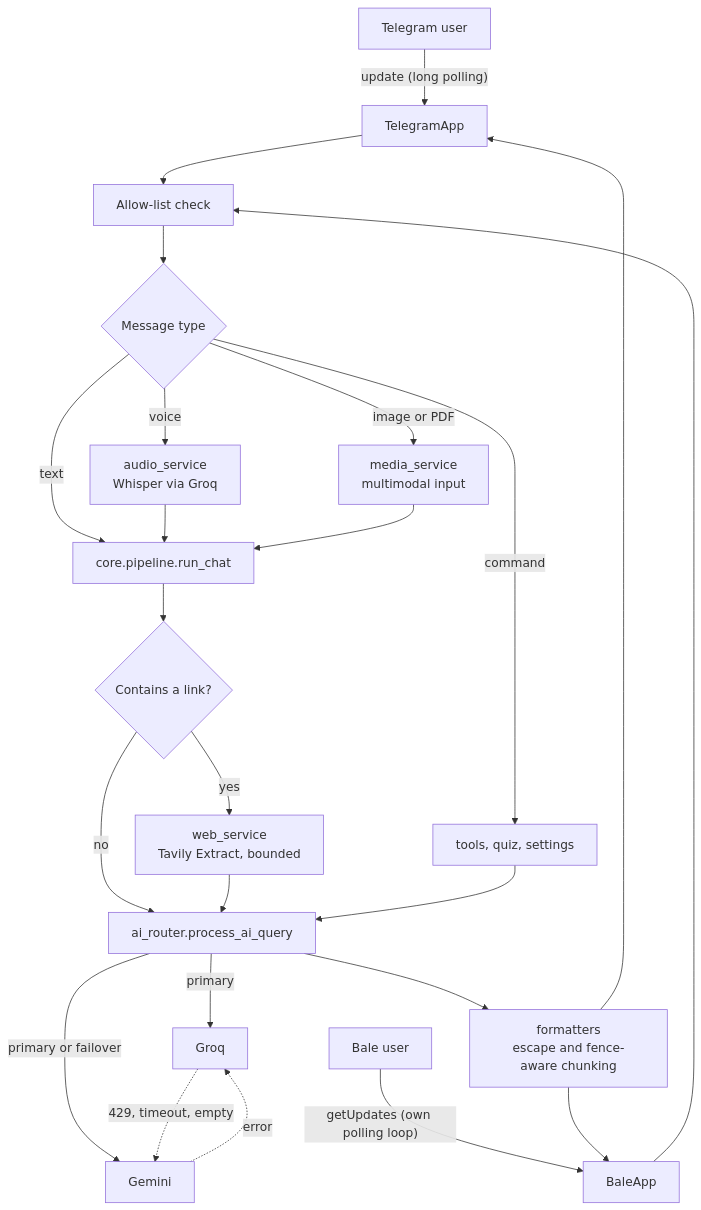
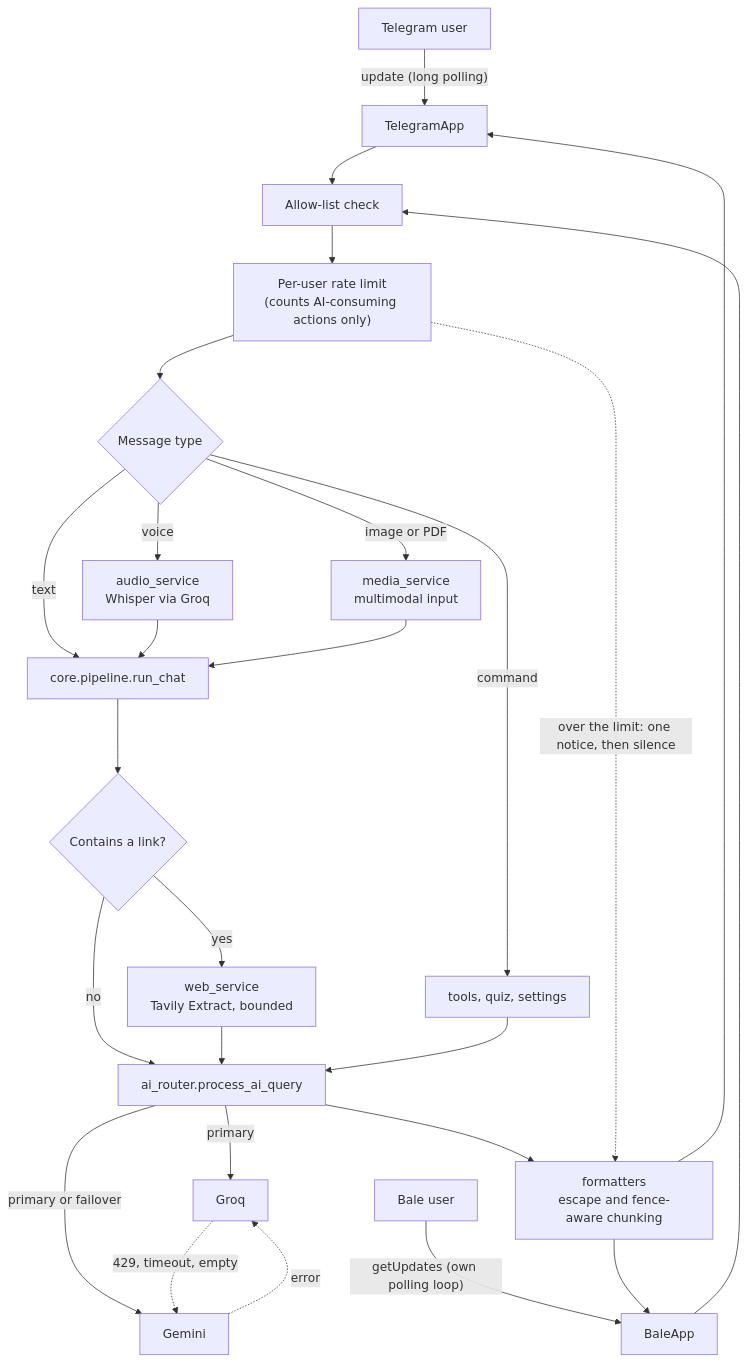
The diagram in README.fa.md (mahdi-barzegar-nazari/resilient-ai-gateway), drawn with Mermaid before and after one commit. The commit also changed other lines of this file and 13 other files, not shown here.

First line of the commit message:
Add per-user rate limiting

````diff
--- a/README.fa.md
+++ b/README.fa.md
@@ -146,31 +150,33 @@
 ```mermaid
 flowchart TD
     TGU["Telegram user"] -->|"update (long polling)"| TG["TelegramApp"]
     BLU["Bale user"] -->|"getUpdates (own polling loop)"| BL["BaleApp"]
 
     TG --> AUTH["Allow-list check"]
     BL --> AUTH
-    AUTH --> ROUTE{"Message type"}
+    AUTH --> LIMIT["Per-user rate limit<br/>(counts AI-consuming actions only)"]
+    LIMIT --> ROUTE{"Message type"}
 
     ROUTE -->|"voice"| STT["audio_service<br/>Whisper via Groq"]
     ROUTE -->|"image or PDF"| MEDIA["media_service<br/>multimodal input"]
     ROUTE -->|"command"| TOOLS["tools, quiz, settings"]
     ROUTE -->|"text"| PIPE["core.pipeline.run_chat"]
     STT --> PIPE
     MEDIA --> PIPE
 
     PIPE --> LINK{"Contains a link?"}
     LINK -->|"yes"| EXTRACT["web_service<br/>Tavily Extract, bounded"]
     LINK -->|"no"| ROUTER["ai_router.process_ai_query"]
     EXTRACT --> ROUTER
     TOOLS --> ROUTER
 
     ROUTER -->|"primary"| P1["Groq"]
     ROUTER -->|"primary or failover"| P2["Gemini"]
     P1 -. "429, timeout, empty" .-> P2
     P2 -. "error" .-> P1
 
     ROUTER --> OUT["formatters<br/>escape and fence-aware chunking"]
+    LIMIT -. "over the limit: one notice, then silence" .-> OUT
     OUT --> TG
     OUT --> BL
 ```
````
